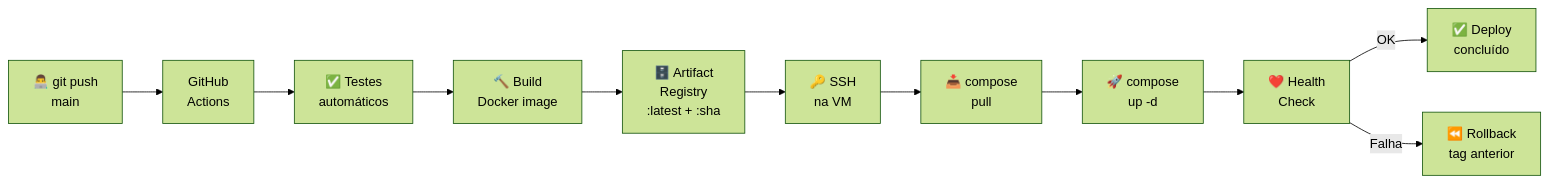
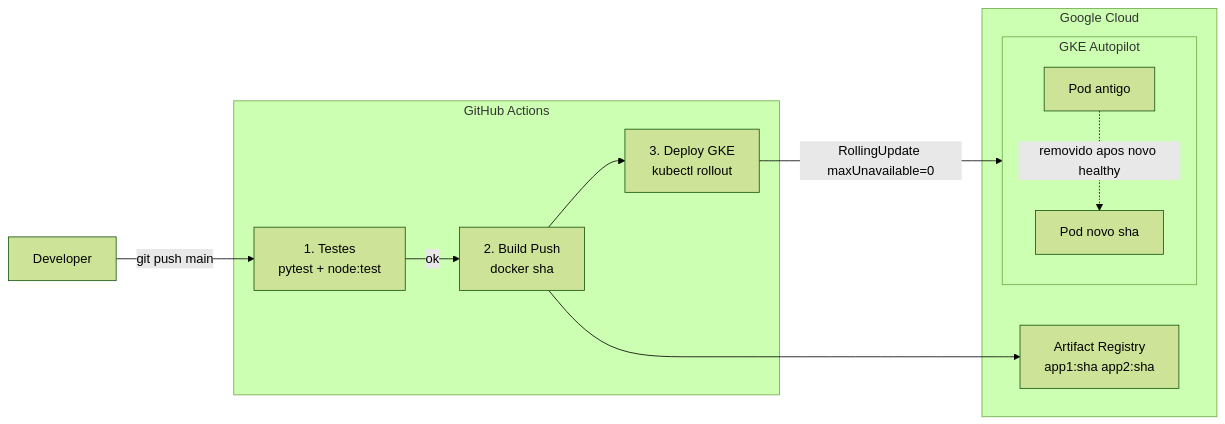
Before and after one commit to wilsongomes345/to-brasil: the third of 3 diagrams in docs/architecture.md, drawn with Mermaid (forest theme). The commit also changed other lines of this file and 28 other files, not shown here.

First line of the commit message:
feat: migrar para GKE Autopilot + corrigir CI/CD e testes

````diff
--- a/docs/architecture.md
+++ b/docs/architecture.md
@@ -128,13 +104,25 @@
 ```mermaid
 flowchart LR
-    Dev["👨‍💻 git push\nmain"] --> GH["GitHub\nActions"]
-    GH --> Test["✅ Testes\nautomáticos"]
-    Test --> Build["🔨 Build\nDocker image"]
-    Build --> AR["🗄️ Artifact\nRegistry\n:latest + :sha"]
-    AR --> SSH["🔑 SSH\nna VM"]
-    SSH --> Pull["📥 compose\npull"]
-    Pull --> Up["🚀 compose\nup -d"]
-    Up --> Health["❤️ Health\nCheck"]
-    Health -->|"OK"| Done["✅ Deploy\nconcluído"]
-    Health -->|"Falha"| Roll["⏪ Rollback\ntag anterior"]
+    DEV["Developer"]
+
+    subgraph GH["GitHub Actions"]
+        T["1. Testes\npytest + node:test"]
+        B["2. Build Push\ndocker sha"]
+        D["3. Deploy GKE\nkubectl rollout"]
+    end
+
+    subgraph GCP["Google Cloud"]
+        AR["Artifact Registry\napp1:sha app2:sha"]
+        subgraph GKE["GKE Autopilot"]
+            OLD["Pod antigo"]
+            NEW["Pod novo sha"]
+        end
+    end
+
+    DEV -->|"git push main"| T
+    T -->|"ok"| B
+    B --> AR
+    B --> D
+    D -->|"RollingUpdate maxUnavailable=0"| GKE
+    OLD -.->|"removido apos novo healthy"| NEW
 ```
````
